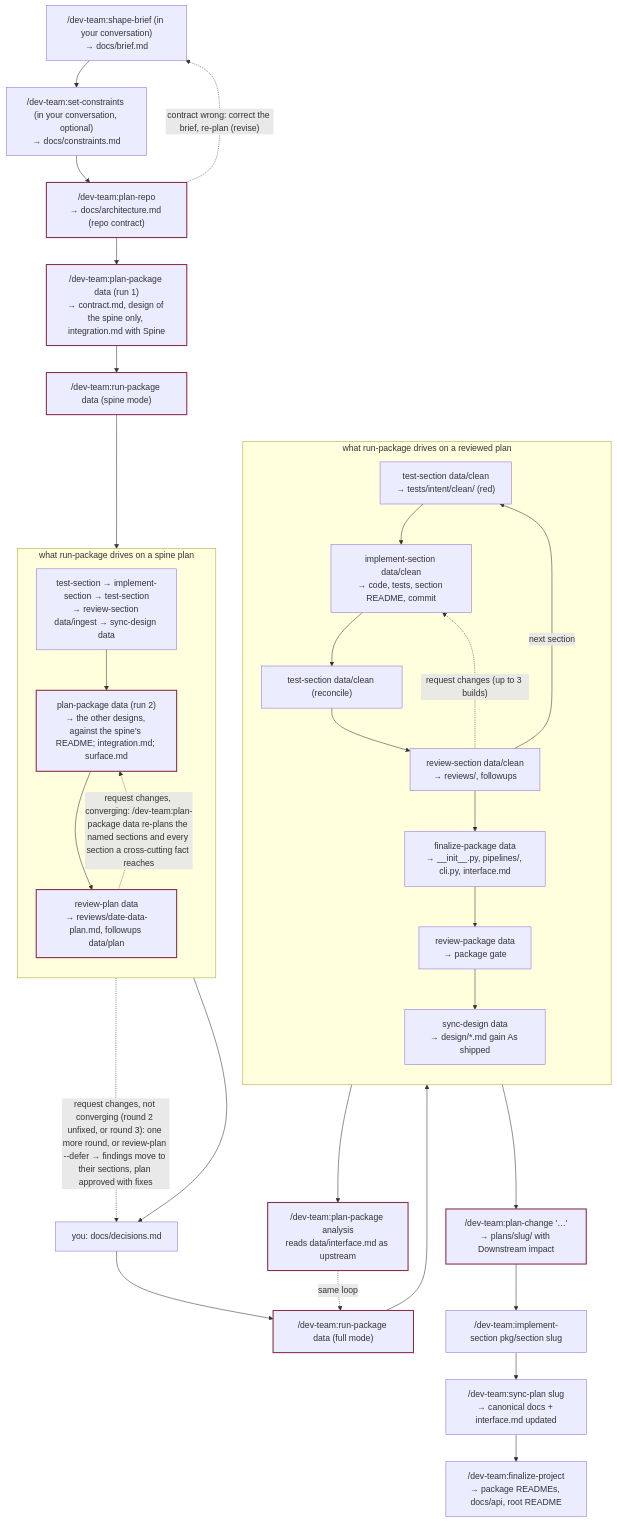
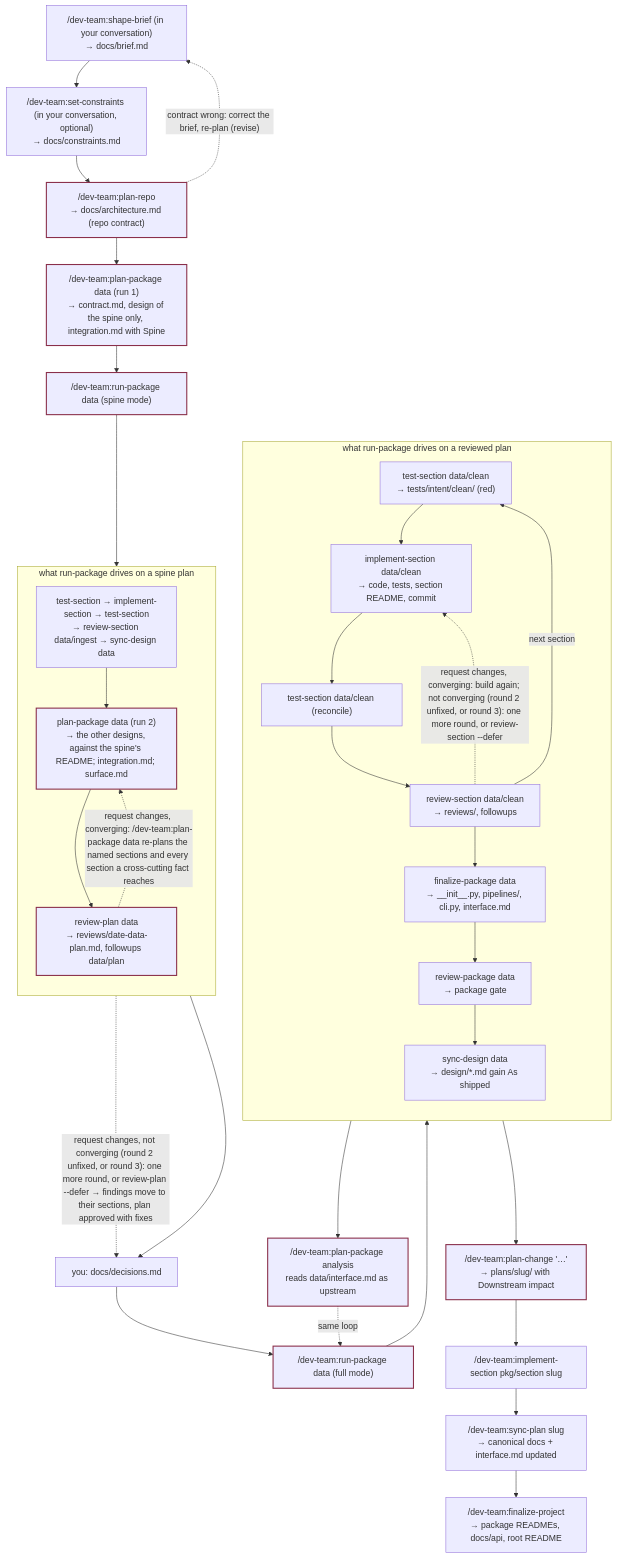
Before and after one commit to cott435/cott-plugins: the second of 3 diagrams in dev-team/site/flow.md, drawn with Mermaid. The commit also changed 12 other files, not shown here.

````diff
--- a/dev-team/site/flow.md
+++ b/dev-team/site/flow.md
@@ -45,42 +45,42 @@
 ```mermaid
 flowchart TD
   S["/dev-team:shape-brief (in your conversation)<br/>→ docs/brief.md"]
   S --> K["/dev-team:set-constraints (in your conversation, optional)<br/>→ docs/constraints.md"]
   K --> A
   A["/dev-team:plan-repo<br/>→ docs/architecture.md (repo contract)"]
   A -. "contract wrong: correct the brief, re-plan (revise)" .-> S
   A --> B1["/dev-team:plan-package data (run 1)<br/>→ contract.md, design of the spine only, integration.md with Spine"]
   B1 --> R1["/dev-team:run-package data (spine mode)"]
   subgraph spine["what run-package drives on a spine plan"]
     direction TB
     SP["test-section → implement-section → test-section<br/>→ review-section data/ingest → sync-design data"]
     SP --> B2["plan-package data (run 2)<br/>→ the other designs, against the spine's README; integration.md; surface.md"]
     B2 --> RP["review-plan data<br/>→ reviews/date-data-plan.md, followups data/plan"]
   end
   R1 --> SP
   RP -. "request changes, converging: /dev-team:plan-package data re-plans the named sections and every section a cross-cutting fact reaches" .-> B2
   RP -. "request changes, not converging (round 2 unfixed, or round 3): one more round, or review-plan --defer → findings move to their sections, plan approved with fixes" .-> DEC
   RP --> DEC["you: docs/decisions.md"]
   DEC --> R2["/dev-team:run-package data (full mode)"]
   subgraph full["what run-package drives on a reviewed plan"]
     direction TB
     T1["test-section data/clean<br/>→ tests/intent/clean/ (red)"]
     T1 --> C["implement-section data/clean<br/>→ code, tests, section README, commit"]
     C --> T2["test-section data/clean (reconcile)"]
     T2 --> D["review-section data/clean<br/>→ reviews/, followups"]
-    D -. "request changes (up to 3 builds)" .-> C
+    D -. "request changes, converging: build again; not converging (round 2 unfixed, or round 3): one more round, or review-section --defer" .-> C
     D -->|next section| T1
     D --> E["finalize-package data<br/>→ __init__.py, pipelines/, cli.py, interface.md"]
     E --> F["review-package data<br/>→ package gate"]
     F --> SD["sync-design data<br/>→ design/*.md gain As shipped"]
   end
   R2 --> T1
   SD --> G["/dev-team:plan-package analysis<br/>reads data/interface.md as upstream"]
   G -.->|same loop| R2
   F --> H["/dev-team:plan-change '…'<br/>→ plans/slug/ with Downstream impact"]
   H --> I["/dev-team:implement-section pkg/section slug"]
   I --> J["/dev-team:sync-plan slug<br/>→ canonical docs + interface.md updated"]
   J --> K2["/dev-team:finalize-project<br/>→ package READMEs, docs/api, root README"]
   classDef stop stroke:#8a2f4a,stroke-width:2px;
   class A,B1,B2,RP,R1,R2,G,H stop;
 ```
````
